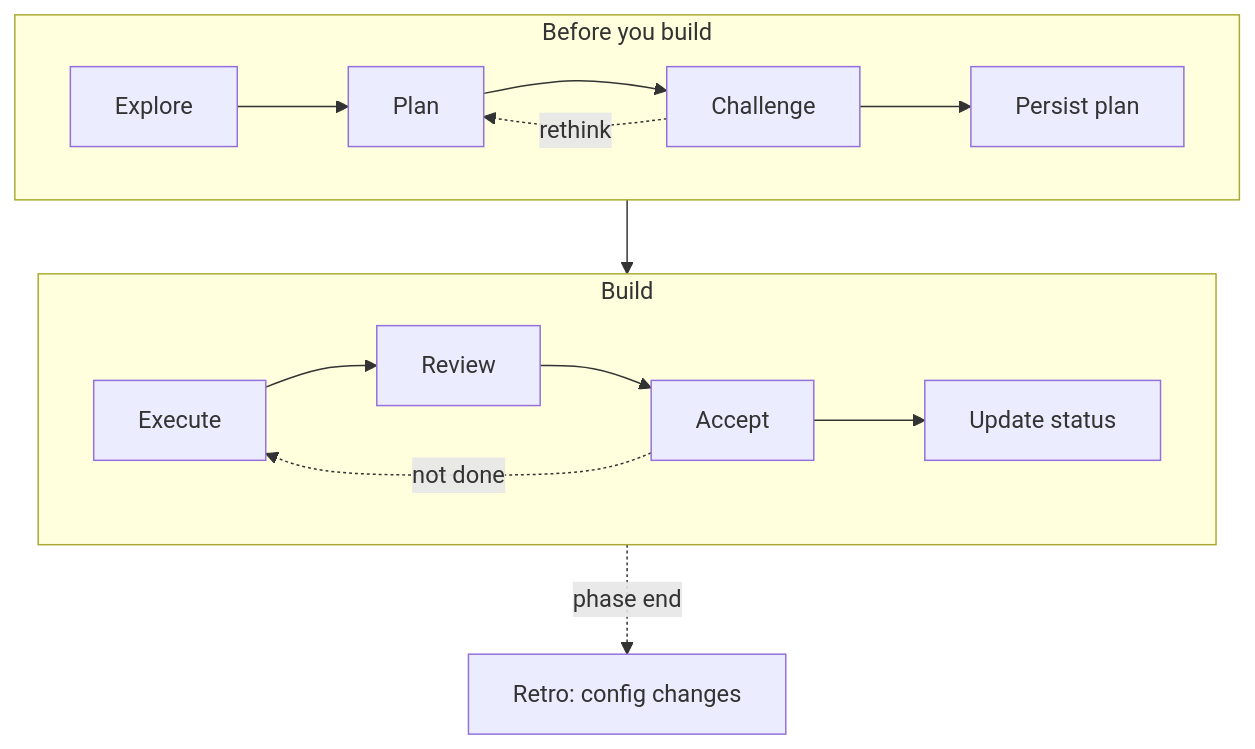
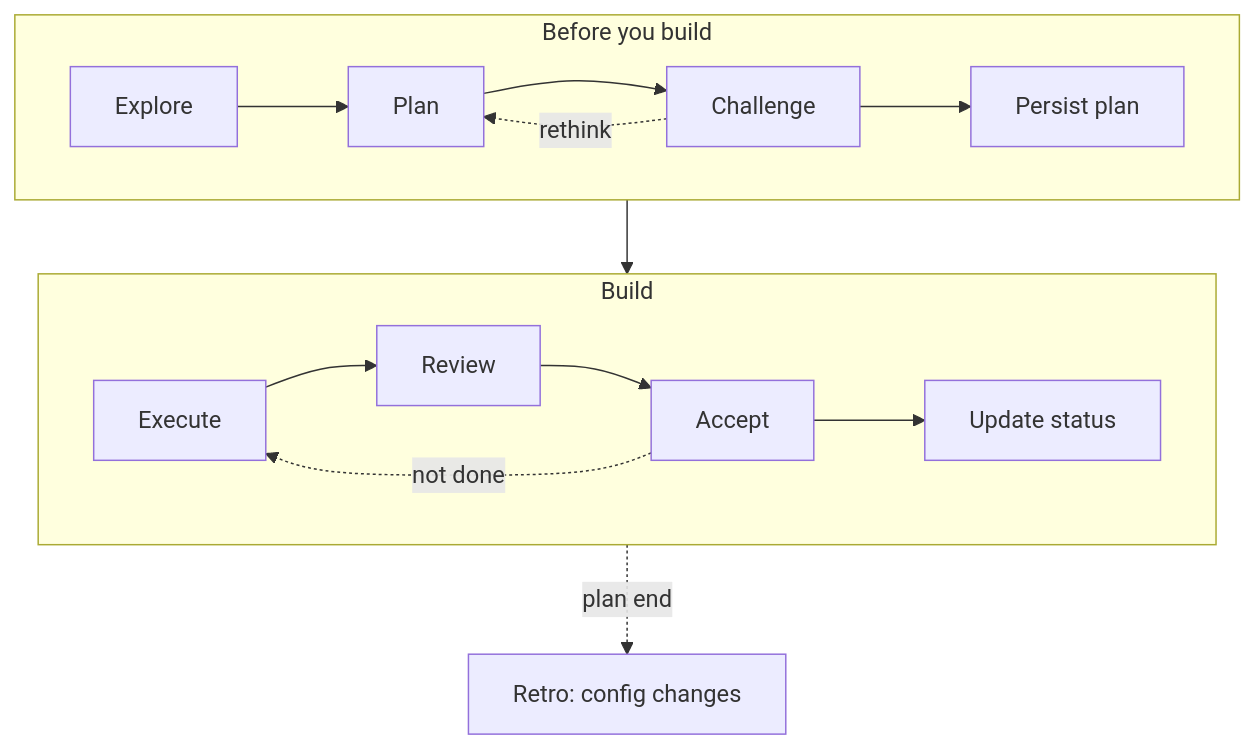
The first of 3 diagrams in docs/methodology.md (minnelhq/minnel), drawn with Mermaid before and after one commit. The commit also changed other lines of this file and 6 other files, not shown here.

First line of the commit message:
fix(methodology): correct the §6 hook diagram and guard the vendored Mermaid

````diff
--- a/docs/methodology.md
+++ b/docs/methodology.md
@@ -55,19 +55,19 @@
 ```mermaid
 ---
 config:
   layout: dagre
 ---
 flowchart TB
   subgraph before [Before you build]
     direction LR
     explore[Explore] --> plan[Plan] --> challenge[Challenge] --> persist[Persist plan]
     challenge -. rethink .-> plan
   end
   subgraph build [Build]
     direction LR
     execute[Execute] --> review[Review] --> accept[Accept] --> status[Update status]
     accept -. not done .-> execute
   end
   before --> build
-  build -. phase end .-> retro[Retro: config changes]
+  build -. plan end .-> retro[Retro: config changes]
 ```
````
